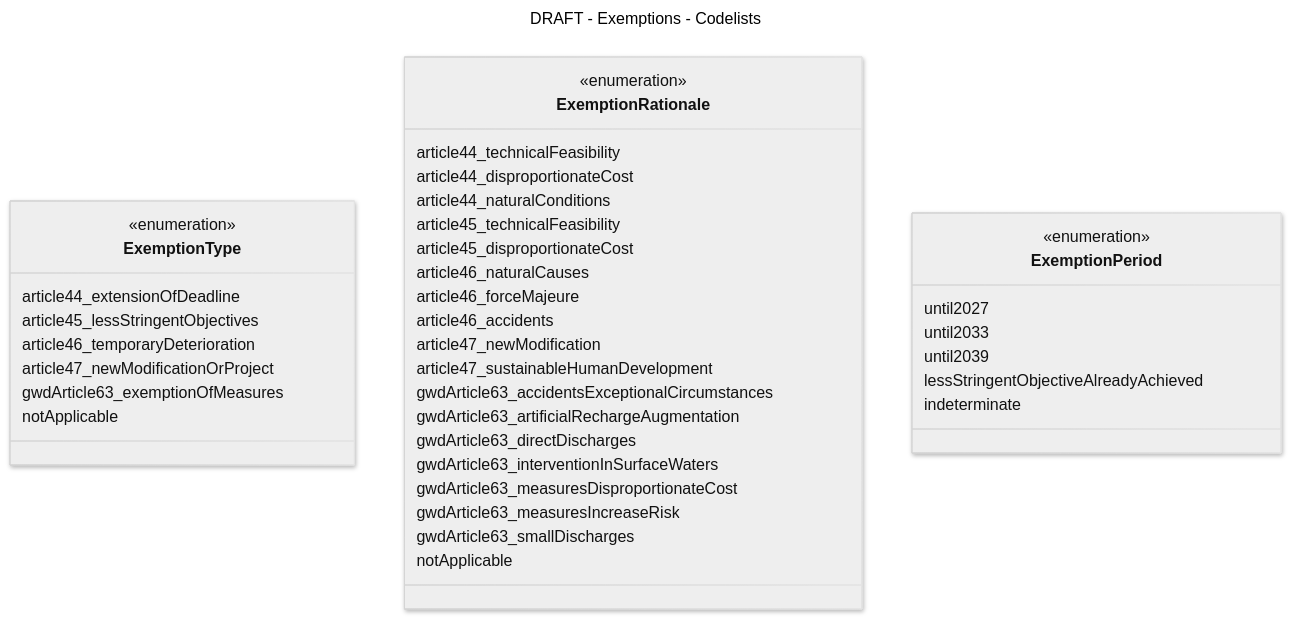
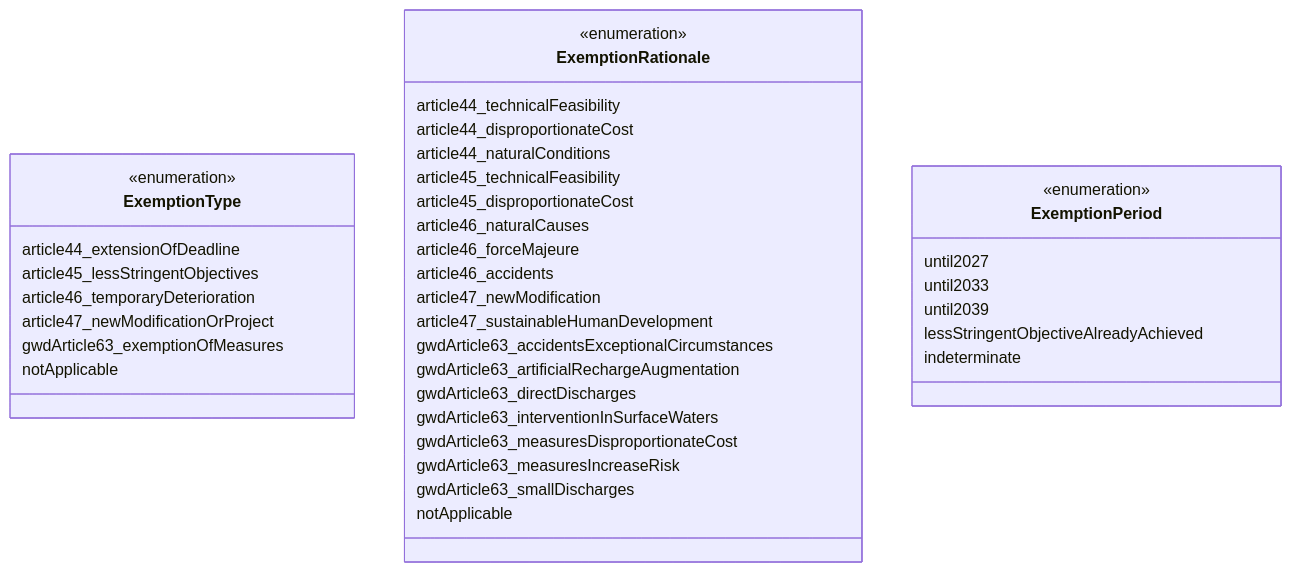
Before and after one commit to eeadata/WISE.WFD.Documentation: the ninth of 9 diagrams in docs/DataModelReview/WFDExemptions.md, drawn with Mermaid. The commit also changed other lines of this file and 7 other files, not shown here.

Commit message:
Proposed changes for the WFD Exemptions - now with the diagrams.

````diff
--- a/docs/DataModelReview/WFDExemptions.md
+++ b/docs/DataModelReview/WFDExemptions.md
@@ -472,52 +295,46 @@
 ```{mermaid}
----
-config:
-  class:
-    hideEmptyMembersBox: true
-  layout: dagre
-  theme: neutral
-  look: neo
-title: DRAFT - Exemptions - Codelists
----
+:name: ExemptionCodelist
+:caption: Codelists associated with the Exemption classes - 4th cycle
+:align: center
 classDiagram
 class ExemptionType{
     <<enumeration>>
     article44_extensionOfDeadline
     article45_lessStringentObjectives
     article46_temporaryDeterioration
     article47_newModificationOrProject
     gwdArticle63_exemptionOfMeasures
     notApplicable
     }
 
 class ExemptionRationale{
     <<enumeration>>
     article44_technicalFeasibility
     article44_disproportionateCost
     article44_naturalConditions
     article45_technicalFeasibility
     article45_disproportionateCost
     article46_naturalCauses
     article46_forceMajeure
     article46_accidents
     article47_newModification
     article47_sustainableHumanDevelopment
     gwdArticle63_accidentsExceptionalCircumstances
     gwdArticle63_artificialRechargeAugmentation
     gwdArticle63_directDischarges
     gwdArticle63_interventionInSurfaceWaters
     gwdArticle63_measuresDisproportionateCost
     gwdArticle63_measuresIncreaseRisk
     gwdArticle63_smallDischarges
     notApplicable
     }
 	
 class ExemptionPeriod{
     <<enumeration>>
     until2027
-	until2033
-	until2039
-	lessStringentObjectiveAlreadyAchieved
-	indeterminate
+    until2033
+    until2039
+    lessStringentObjectiveAlreadyAchieved
+    indeterminate
     }
 ```
````
